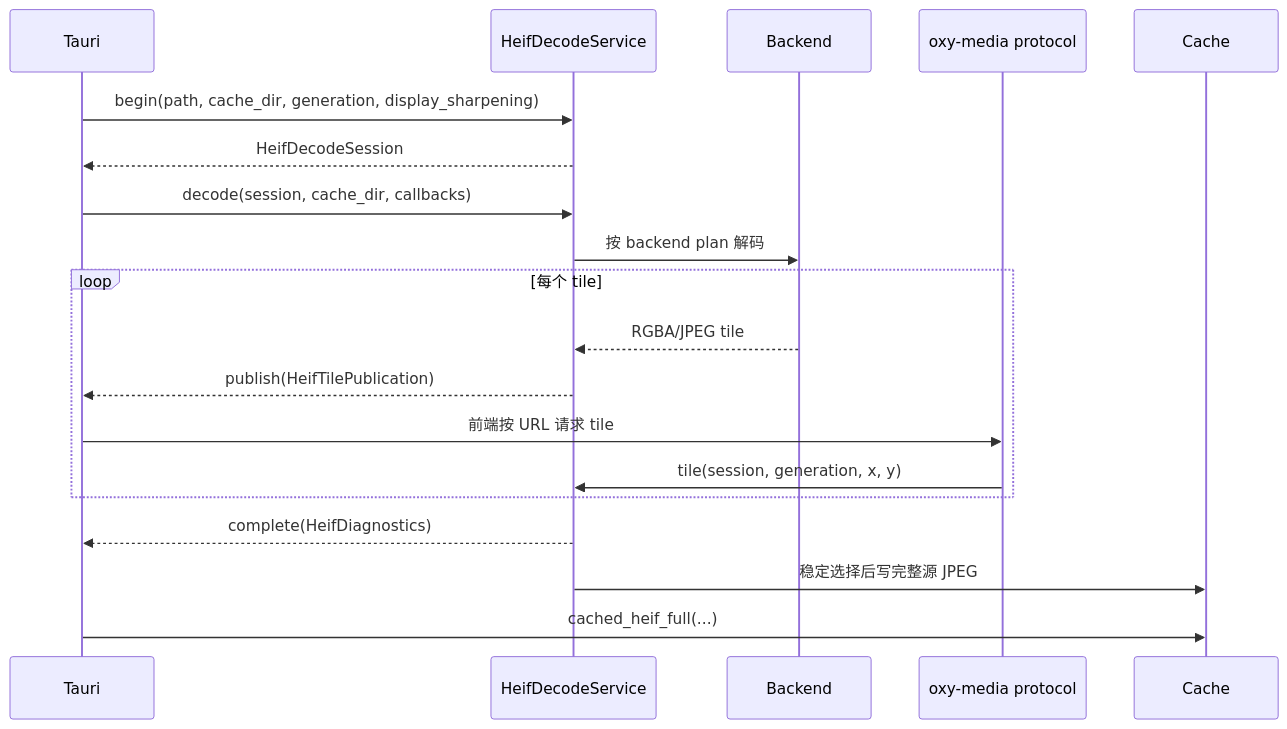
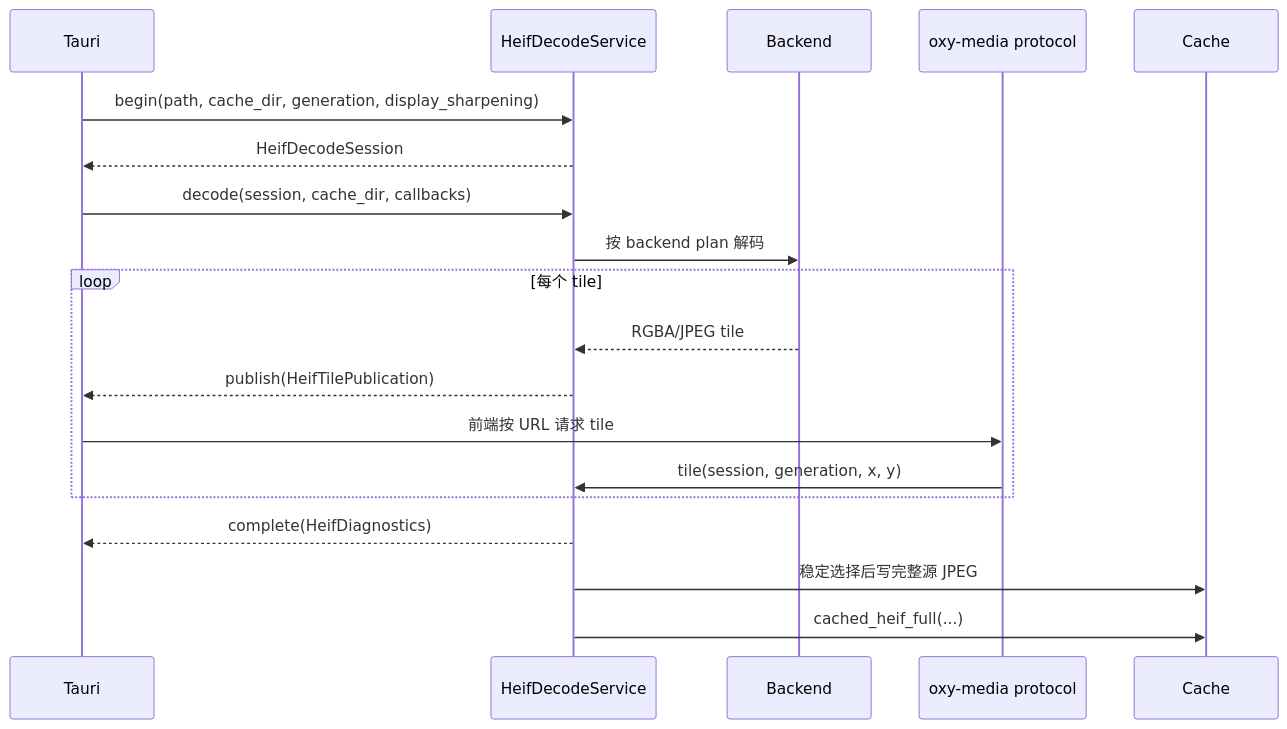
The second of 2 diagrams in crates/oxy-media/README.md (oxygenkun/oxyviewer), drawn with Mermaid before and after one commit. The commit also changed other lines of this file and 4 other files, not shown here.

Commit message:
refactor(media): move cached_heif_full for internal usage

````diff
--- a/crates/oxy-media/README.md
+++ b/crates/oxy-media/README.md
@@ -214,22 +208,22 @@
 ```mermaid
 sequenceDiagram
     participant Tauri
     participant Service as HeifDecodeService
     participant Backend
     participant Protocol as oxy-media protocol
     participant Cache
 
     Tauri->>Service: begin(path, cache_dir, generation, display_sharpening)
     Service-->>Tauri: HeifDecodeSession
     Tauri->>Service: decode(session, cache_dir, callbacks)
     Service->>Backend: 按 backend plan 解码
     loop 每个 tile
         Backend-->>Service: RGBA/JPEG tile
         Service-->>Tauri: publish(HeifTilePublication)
         Tauri->>Protocol: 前端按 URL 请求 tile
         Protocol->>Service: tile(session, generation, x, y)
     end
     Service-->>Tauri: complete(HeifDiagnostics)
     Service->>Cache: 稳定选择后写完整源 JPEG
-    Tauri->>Cache: cached_heif_full(...)
+    Service->>Cache: cached_heif_full(...)
 ```
````
